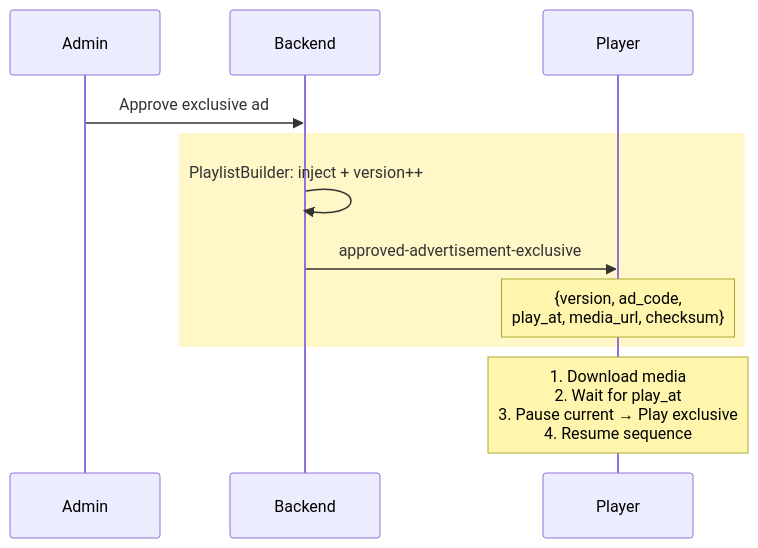
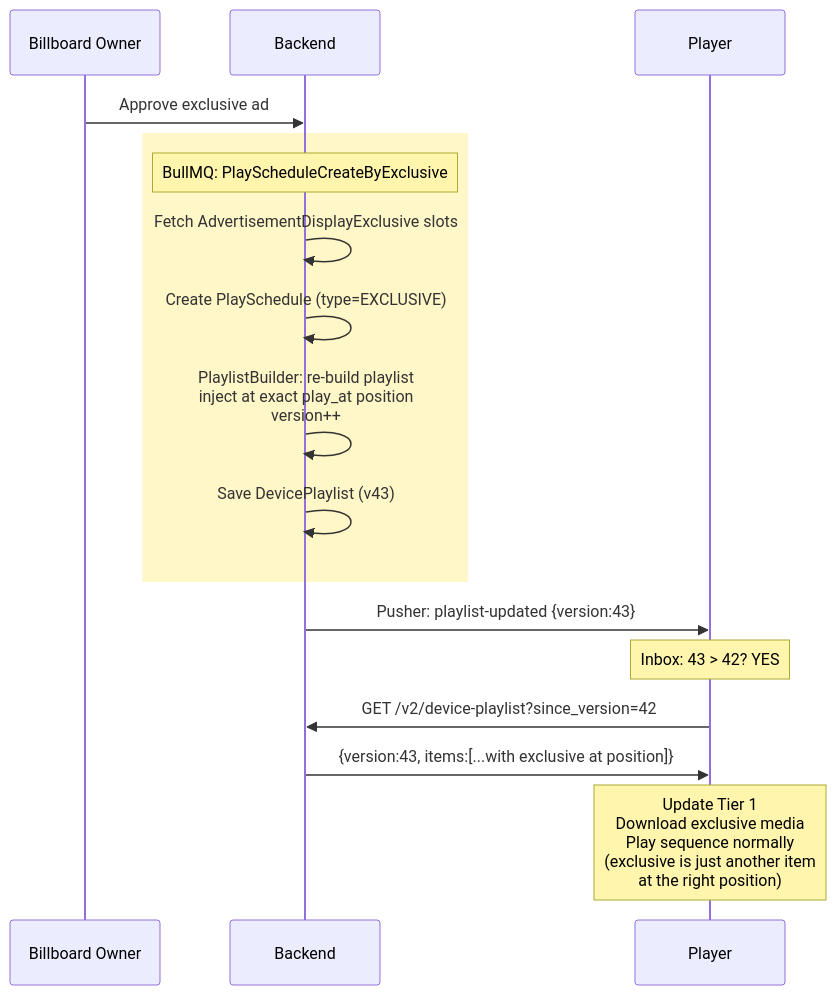
The diagram in scripts/diagrams/05-3-flow-exclusive.mmd (wasikarn/jira-generator), drawn with Mermaid before and after one commit. The commit also changed 1 other file, not shown here.

Commit message:
feat: add exclusive ads analysis, priority model, and industry patterns to architecture page
- Expand §2 Problem Statement with exclusive-specific issues (polling interval,
  pausePlayData single-variable, silent failure, 2-path duplication)
- Update §3.2 Player table with detailed exclusive preempt mechanism
- Redesign §6.1 PlaylistBuilder to timeline-based algorithm with P0-P4 priority model
- Add §8.5 Exclusive-Specific Edge Cases (EX1-EX7 + CF1-CF5)
- Add SMIL priorityClass, Xibo Interrupt Layout, DOOH ad server patterns to §10.1
- Update Flow C diagram with backend-driven exclusive sequence

```diff
--- a/scripts/diagrams/05-3-flow-exclusive.mmd
+++ b/scripts/diagrams/05-3-flow-exclusive.mmd
@@ -1,11 +1,17 @@
 sequenceDiagram
-    participant AD as Admin
+    participant OW as Billboard Owner
     participant BE as Backend
     participant PL as Player
-    AD->>BE: Approve exclusive ad
+    OW->>BE: Approve exclusive ad
     rect rgb(255, 247, 200)
-        BE->>BE: PlaylistBuilder: inject + version++
-        BE->>PL: approved-advertisement-exclusive
-        Note over PL: {version, ad_code,<br/>play_at, media_url, checksum}
+        Note over BE: BullMQ: PlayScheduleCreateByExclusive
+        BE->>BE: Fetch AdvertisementDisplayExclusive slots
+        BE->>BE: Create PlaySchedule (type=EXCLUSIVE)
+        BE->>BE: PlaylistBuilder: re-build playlist<br/>inject at exact play_at position<br/>version++
+        BE->>BE: Save DevicePlaylist (v43)
     end
-    Note over PL: 1. Download media<br/>2. Wait for play_at<br/>3. Pause current → Play exclusive<br/>4. Resume sequence
+    BE->>PL: Pusher: playlist-updated {version:43}
+    Note over PL: Inbox: 43 > 42? YES
+    PL->>BE: GET /v2/device-playlist?since_version=42
+    BE->>PL: {version:43, items:[...with exclusive at position]}
+    Note over PL: Update Tier 1<br/>Download exclusive media<br/>Play sequence normally<br/>(exclusive is just another item<br/>at the right position)
```
